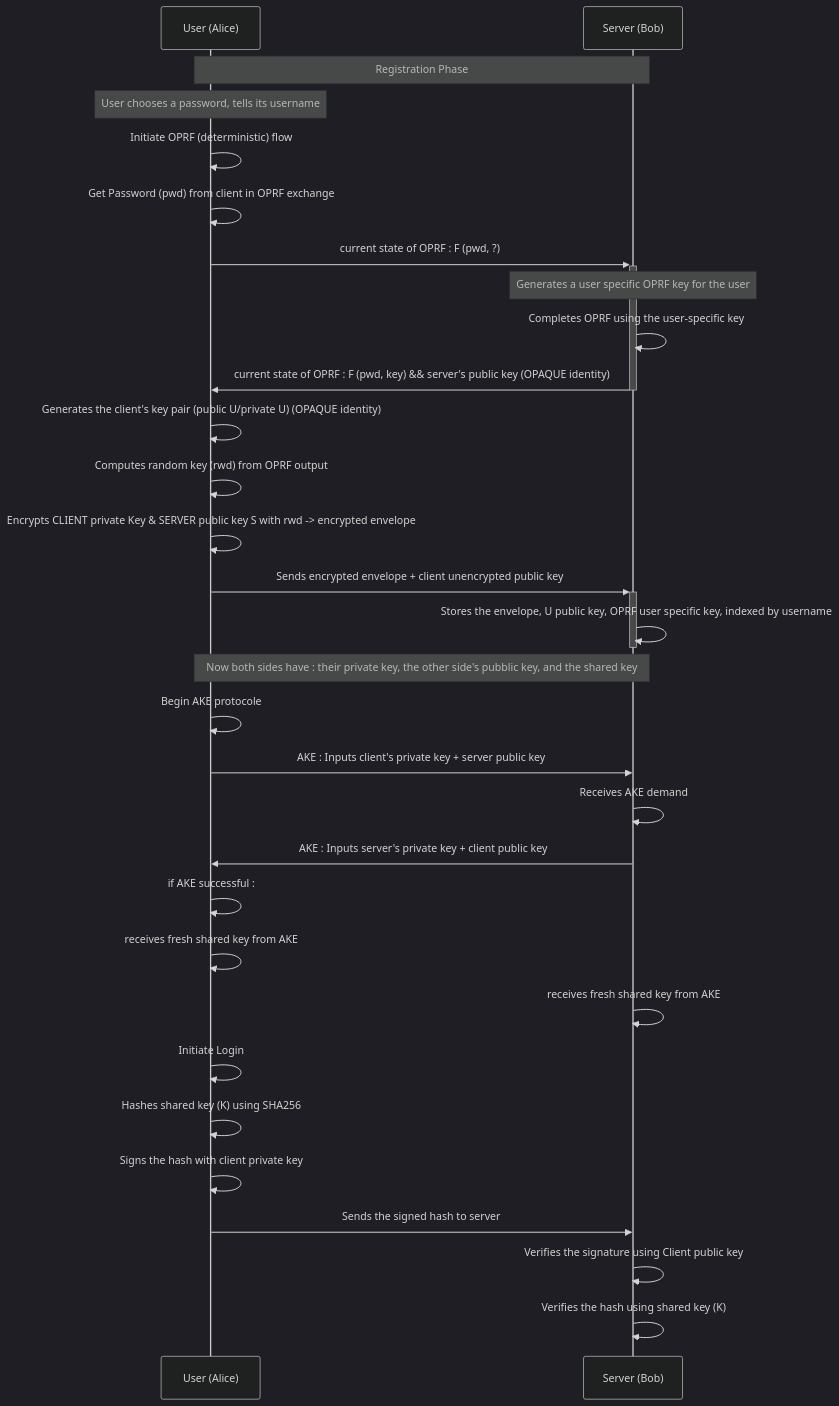
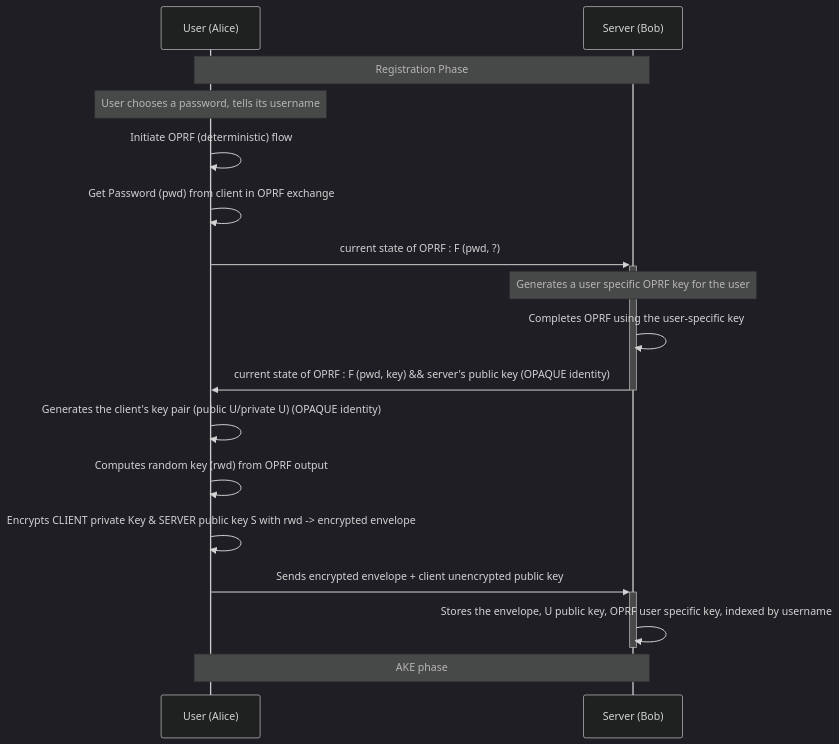
Before and after one commit to GuillaumeDorschner/ESILV-Cryptography-S8-2: the second of 4 diagrams in README.md, drawn with Mermaid (dark theme). The commit also changed other lines of this file, not shown here.

Commit message:
refine diagram

````diff
--- a/README.md
+++ b/README.md
@@ -71,34 +71,20 @@
     ```mermaid
         sequenceDiagram
         participant U as User (Alice)
         participant S as Server (Bob)
 
         Note over U,S: Registration Phase
             Note over U: User chooses a password, tells its username
             U->>U: Initiate OPRF (deterministic) flow
             U->>U: Get Password (pwd) from client in OPRF exchange
             U->>+S: current state of OPRF : F (pwd, ?)
             Note over S: Generates a user specific OPRF key for the user
             S->>S: Completes OPRF using the user-specific key
             S->>-U: current state of OPRF : F (pwd, key) && server's public key (OPAQUE identity)
             U->>U: Generates the client's key pair (public U/private U) (OPAQUE identity)
             U->>U: Computes random key (rwd) from OPRF output
             U->>U: Encrypts CLIENT private Key & SERVER public key S with rwd -> encrypted envelope
             U->>+S: Sends encrypted envelope + client unencrypted public key
             S->>-S: Stores the envelope, U public key, OPRF user specific key, indexed by username
-
-        Note over U,S: Now both sides have : their private key, the other side's pubblic key, and the shared key
-            U->>U: Begin AKE protocole
-            U->>S: AKE : Inputs client's private key + server public key
-            S->>S: Receives AKE demand
-            S->>U: AKE : Inputs server's private key + client public key
-            U->>U: if AKE  successful :
-            U->>U: receives fresh shared key from AKE
-            S->>S: receives fresh shared key from AKE
-            U->>U: Initiate Login
-            U->>U: Hashes shared key (K) using SHA256
-            U->>U: Signs the hash with client private key
-            U->>S: Sends the signed hash to server
-            S->>S: Verifies the signature using Client public key
-            S->>S: Verifies the hash using shared key (K)
+        Note over U,S: AKE phase
     ```
````
